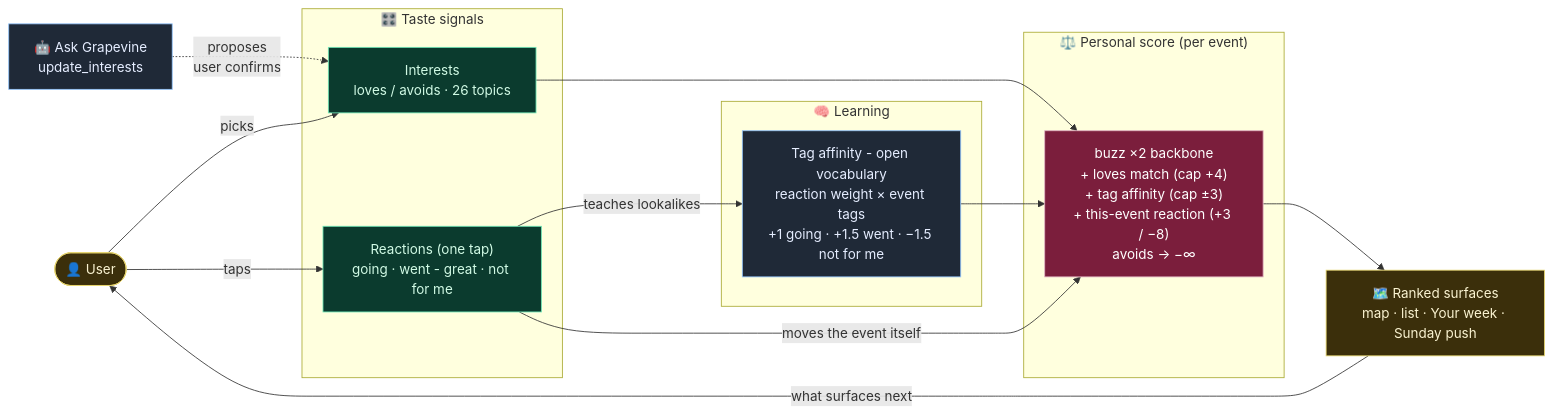
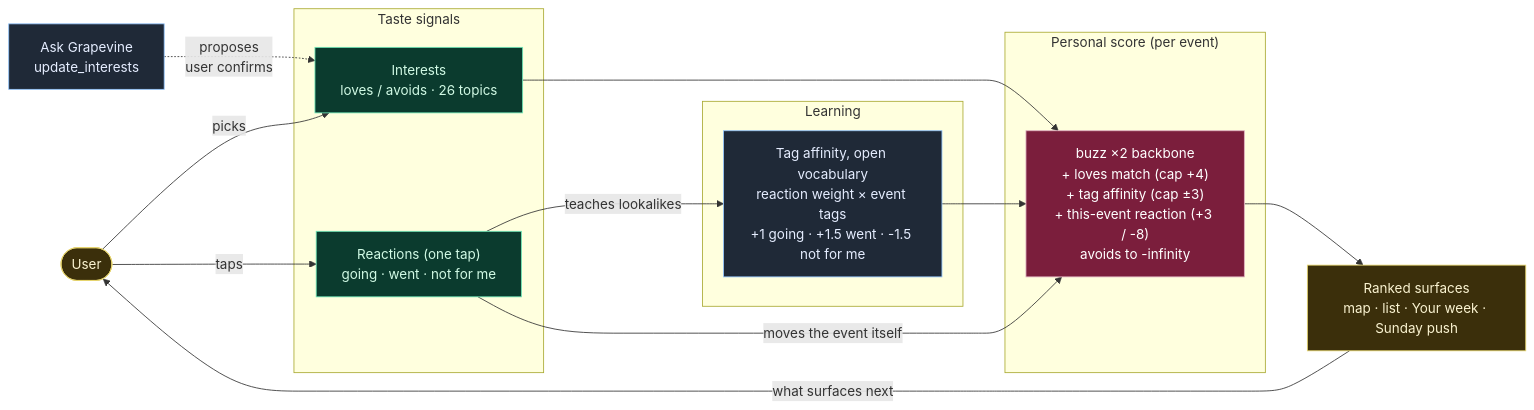
Before and after one commit to 21sean/GrapevineOS: the fourth of 5 diagrams in README.md, drawn with Mermaid. The commit also changed other lines of this file and 2 other files, not shown here.

Commit message:
docs: designed how-it-works + ask-grapevine diagrams; reorganize README, remove em dashes and emojis

````diff
--- a/README.md
+++ b/README.md
@@ -331,38 +303,38 @@
 ```mermaid
 flowchart LR
-    U([👤 User])
+    U([User])
 
-    subgraph SIGNALS["🎛️ Taste signals"]
+    subgraph SIGNALS["Taste signals"]
         INT["Interests<br/>loves / avoids · 26 topics"]
-        RX["Reactions (one tap)<br/>going · went - great · not for me"]
+        RX["Reactions (one tap)<br/>going · went · not for me"]
     end
 
-    AG["🤖 Ask Grapevine<br/>update_interests"] -. "proposes<br/>user confirms" .-> INT
+    AG["Ask Grapevine<br/>update_interests"] -. "proposes<br/>user confirms" .-> INT
 
-    subgraph LEARN["🧠 Learning"]
-        AFF["Tag affinity - open vocabulary<br/>reaction weight × event tags<br/>+1 going · +1.5 went · −1.5 not for me"]
+    subgraph LEARN["Learning"]
+        AFF["Tag affinity, open vocabulary<br/>reaction weight × event tags<br/>+1 going · +1.5 went · -1.5 not for me"]
     end
 
-    subgraph SCORE["⚖️ Personal score (per event)"]
-        S["buzz ×2 backbone<br/>+ loves match (cap +4)<br/>+ tag affinity (cap ±3)<br/>+ this-event reaction (+3 / −8)<br/>avoids -> −∞"]
+    subgraph SCORE["Personal score (per event)"]
+        S["buzz ×2 backbone<br/>+ loves match (cap +4)<br/>+ tag affinity (cap ±3)<br/>+ this-event reaction (+3 / -8)<br/>avoids to -infinity"]
     end
 
-    RANK["🗺️ Ranked surfaces<br/>map · list · Your week · Sunday push"]
+    RANK["Ranked surfaces<br/>map · list · Your week · Sunday push"]
 
     U -->|picks| INT
     U -->|taps| RX
     INT --> S
     RX -->|teaches lookalikes| AFF --> S
     RX -->|moves the event itself| S
     S --> RANK
     RANK -->|"what surfaces next"| U
 
     classDef signal fill:#0b3b2e,stroke:#6ee7b7,color:#d1fae5;
     classDef learn fill:#1f2937,stroke:#93c5fd,color:#e5edff;
     classDef score fill:#7b1e3c,stroke:#e0b3c2,color:#fff;
     classDef io fill:#3b2f0b,stroke:#e7d66e,color:#faf3d1;
     class INT,RX signal;
     class AFF,AG learn;
     class S score;
     class U,RANK io;
 ```
````
